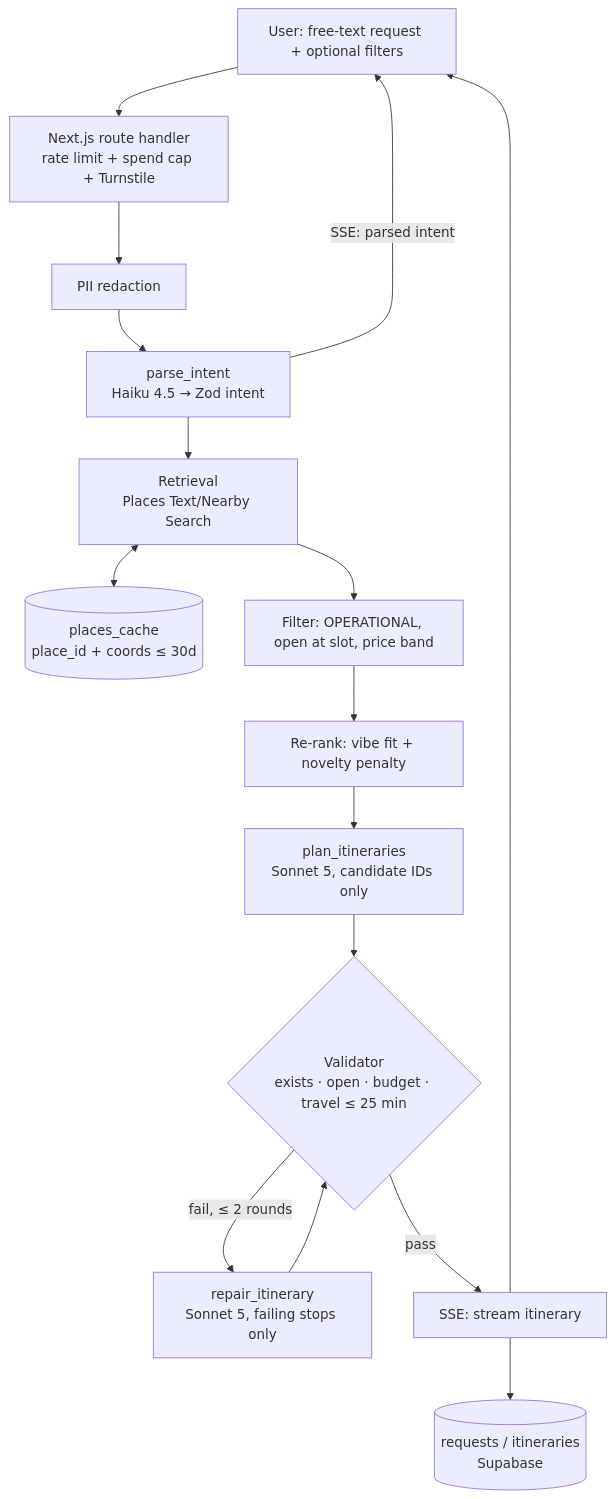
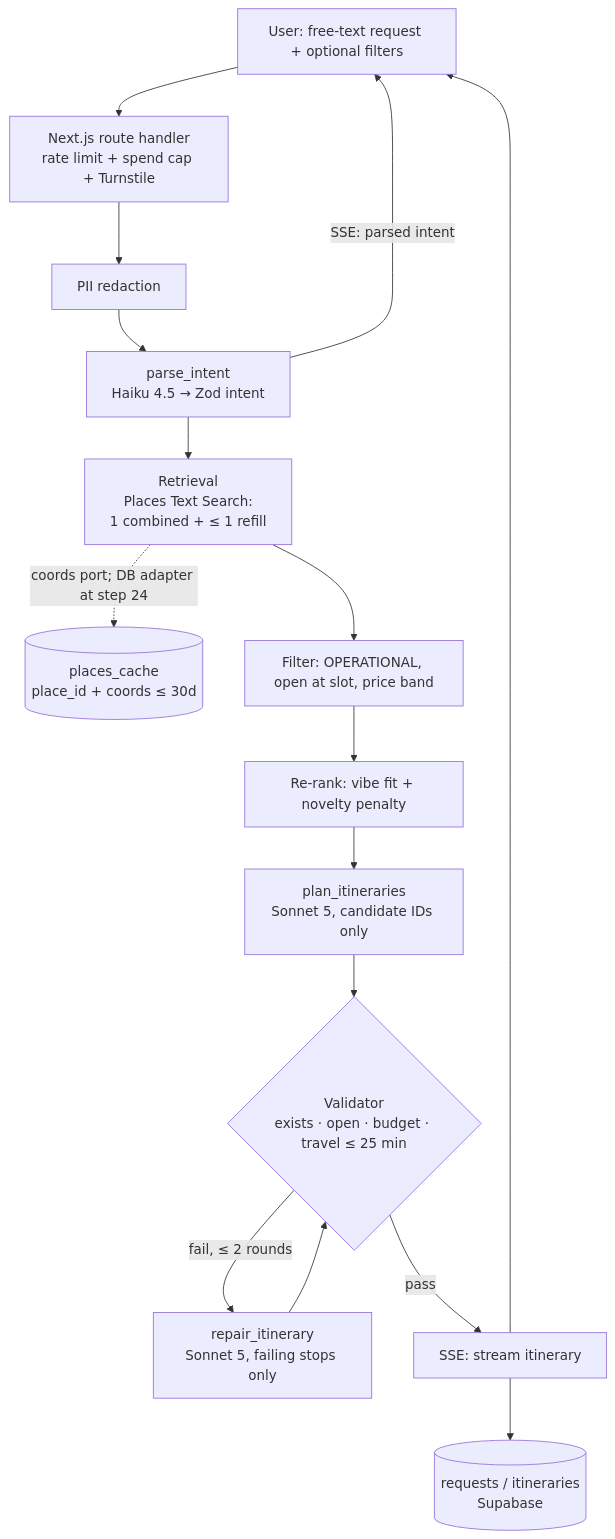
One commit to EvaUnit09/NightCap changed the first of 2 diagrams in docs/architecture.md. Above: the diagram before and after it, drawn with Mermaid. The commit also changed other lines of this file and 2 other files, not shown here.

Commit message:
docs: record the phase 3 retrieval shape, coords cache scope, and agent cap question
Decision-log #33 (one combined Text Search plus a capped refill, no
Nearby or Details yet, $0.035 typical / $0.070 worst), #34 (coords
cache ships as port, policy, and memory adapter; Supabase adapter at
step 24), and open question #35 (agent per-turn cap below one search).

````diff
--- a/docs/architecture.md
+++ b/docs/architecture.md
@@ -8,18 +8,18 @@
 ```mermaid
 flowchart TD
     U[User: free-text request + optional filters] --> API[Next.js route handler<br/>rate limit + spend cap + Turnstile]
     API --> RED[PII redaction]
     RED --> P1[parse_intent<br/>Haiku 4.5 → Zod intent]
     P1 -->|SSE: parsed intent| U
-    P1 --> R[Retrieval<br/>Places Text/Nearby Search]
-    R <--> C[(places_cache<br/>place_id + coords ≤ 30d)]
+    P1 --> R[Retrieval<br/>Places Text Search:<br/>1 combined + ≤ 1 refill]
+    R -.->|coords port; DB adapter at step 24| C[(places_cache<br/>place_id + coords ≤ 30d)]
     R --> F[Filter: OPERATIONAL, open at slot, price band]
     F --> RR[Re-rank: vibe fit + novelty penalty]
     RR --> P2[plan_itineraries<br/>Sonnet 5, candidate IDs only]
     P2 --> V{Validator<br/>exists · open · budget · travel ≤ 25 min}
     V -->|fail, ≤ 2 rounds| P3[repair_itinerary<br/>Sonnet 5, failing stops only]
     P3 --> V
     V -->|pass| S[SSE: stream itinerary]
     S --> U
     S --> DB[(requests / itineraries<br/>Supabase)]
 ```
````
